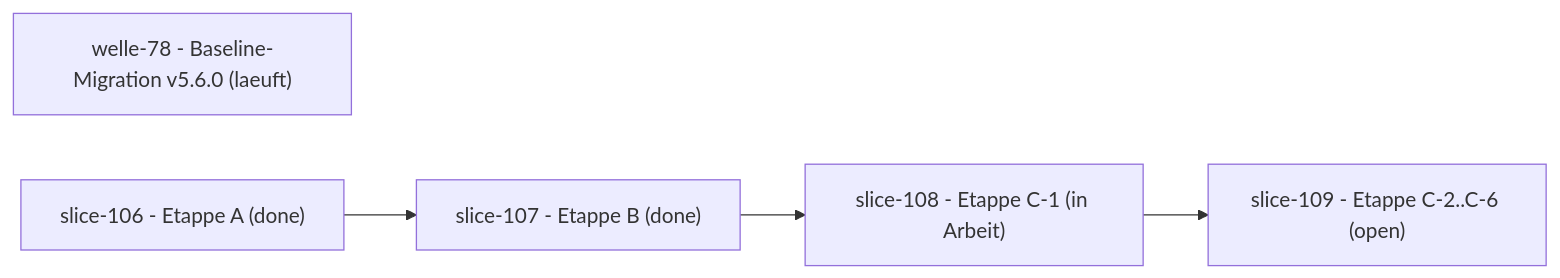
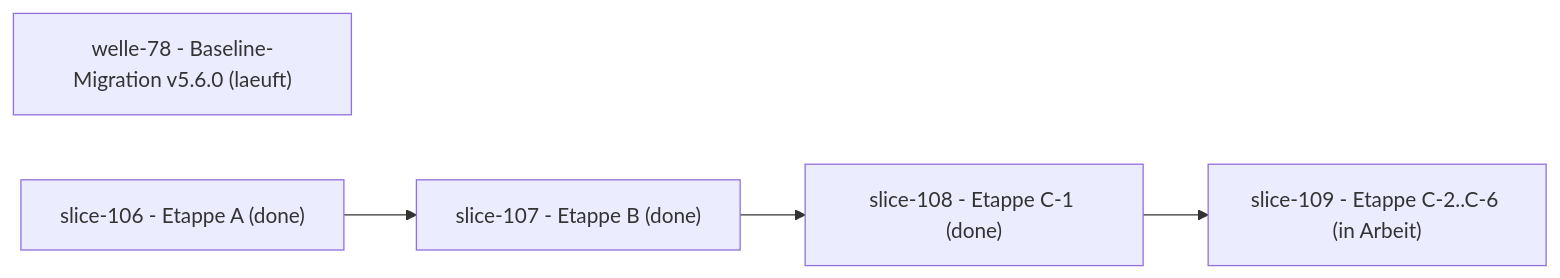
Before and after one commit to pt9912/d-check: the diagram in docs/plan/planning/in-progress/roadmap.md, drawn with Mermaid. The commit also changed other lines of this file and 4 other files, not shown here.

First line of the commit message:
docs(plan): slice-108 nach done/, slice-109 eroeffnet — Etappe C-2..C-6 laeuft (slice-108)

````diff
--- a/docs/plan/planning/in-progress/roadmap.md
+++ b/docs/plan/planning/in-progress/roadmap.md
@@ -53,11 +53,11 @@
 ```mermaid
 flowchart LR
     W78["welle-78 - Baseline-Migration v5.6.0 (laeuft)"]
     S106["slice-106 - Etappe A (done)"]
     S107["slice-107 - Etappe B (done)"]
-    S108["slice-108 - Etappe C-1 (in Arbeit)"]
-    S109["slice-109 - Etappe C-2..C-6 (open)"]
+    S108["slice-108 - Etappe C-1 (done)"]
+    S109["slice-109 - Etappe C-2..C-6 (in Arbeit)"]
     S106 --> S107
     S107 --> S108
     S108 --> S109
 ```
````
